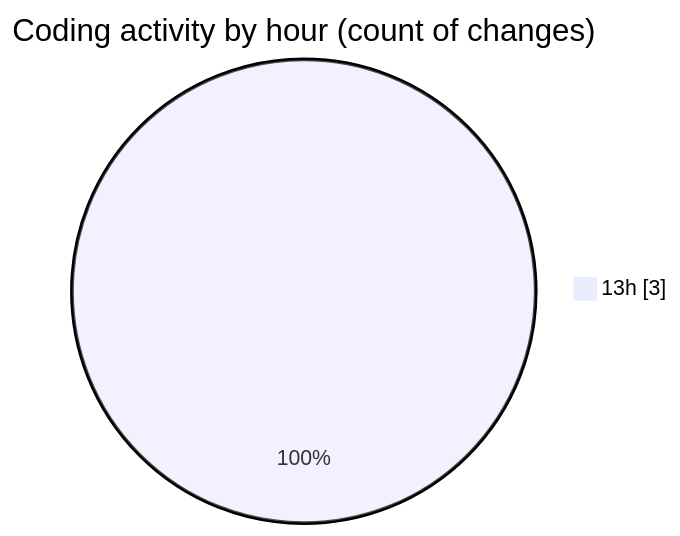
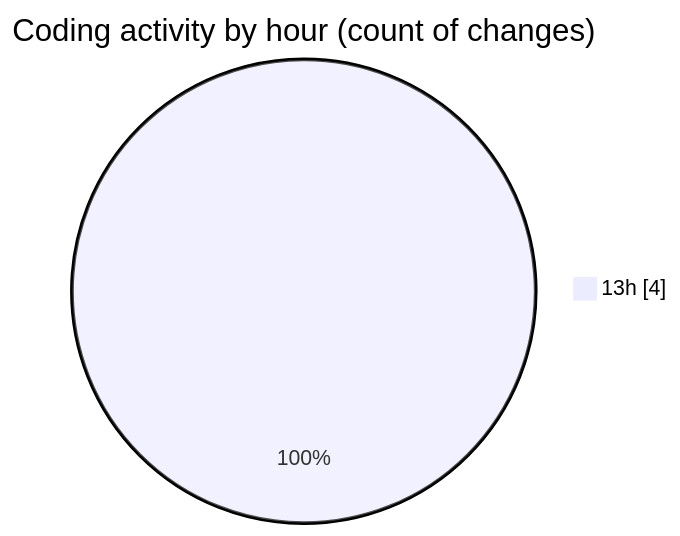
The second of 2 diagrams in 2025-03-08/computer_202/README.md (NitaiMahat/code-tracking), drawn with Mermaid before and after one commit. The commit also changed other lines of this file and 1 other file, not shown here.

````diff
--- a/2025-03-08/computer_202/README.md
+++ b/2025-03-08/computer_202/README.md
@@ -28,5 +28,5 @@
 ```mermaid
 pie showData
 title Coding activity by hour (count of changes)
-"13h" : 3
+"13h" : 4
 ```
````
